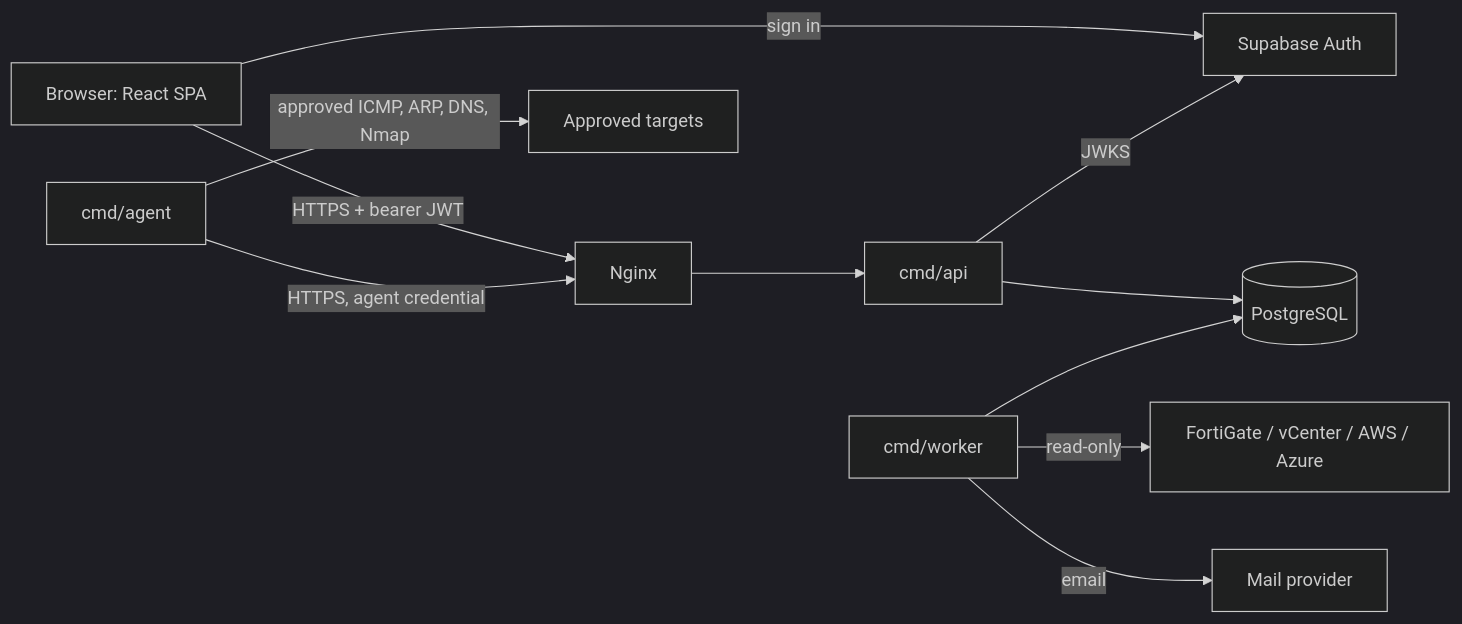
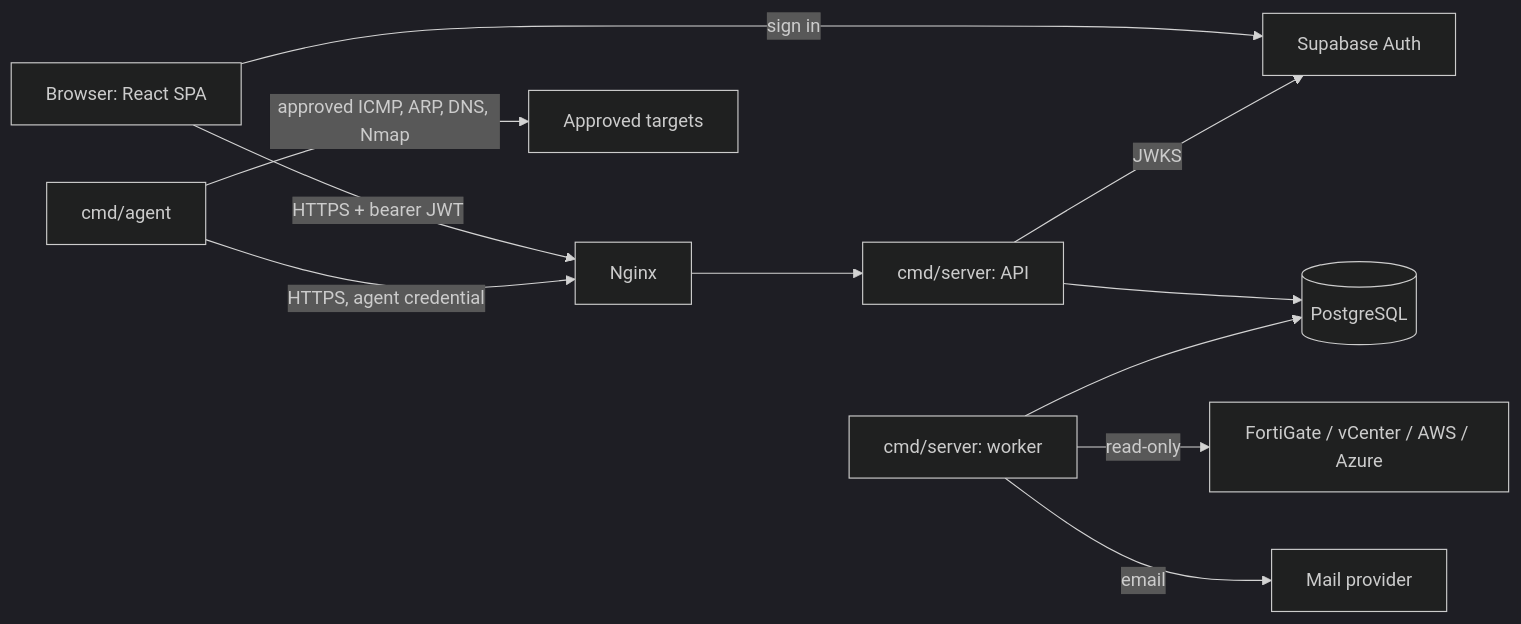
Before and after one commit to HasithaErandika/df-ipam: the first of 2 diagrams in docs/architecture.md, drawn with Mermaid (dark theme). The commit also changed other lines of this file and 12 other files, not shown here.

````diff
--- a/docs/architecture.md
+++ b/docs/architecture.md
@@ -5,13 +5,13 @@
 ```mermaid
 flowchart LR
   B[Browser: React SPA] -->|sign in| S[Supabase Auth]
   B -->|HTTPS + bearer JWT| N[Nginx]
-  N --> A[cmd/api]
+  N --> A[cmd/server: API]
   A -->|JWKS| S
   A --> P[(PostgreSQL)]
-  W[cmd/worker] --> P
+  W[cmd/server: worker] --> P
   W -->|read-only| I[FortiGate / vCenter / AWS / Azure]
   W -->|email| M[Mail provider]
   G[cmd/agent] -->|HTTPS, agent credential| N
   G -->|approved ICMP, ARP, DNS, Nmap| T[Approved targets]
 ```
````
